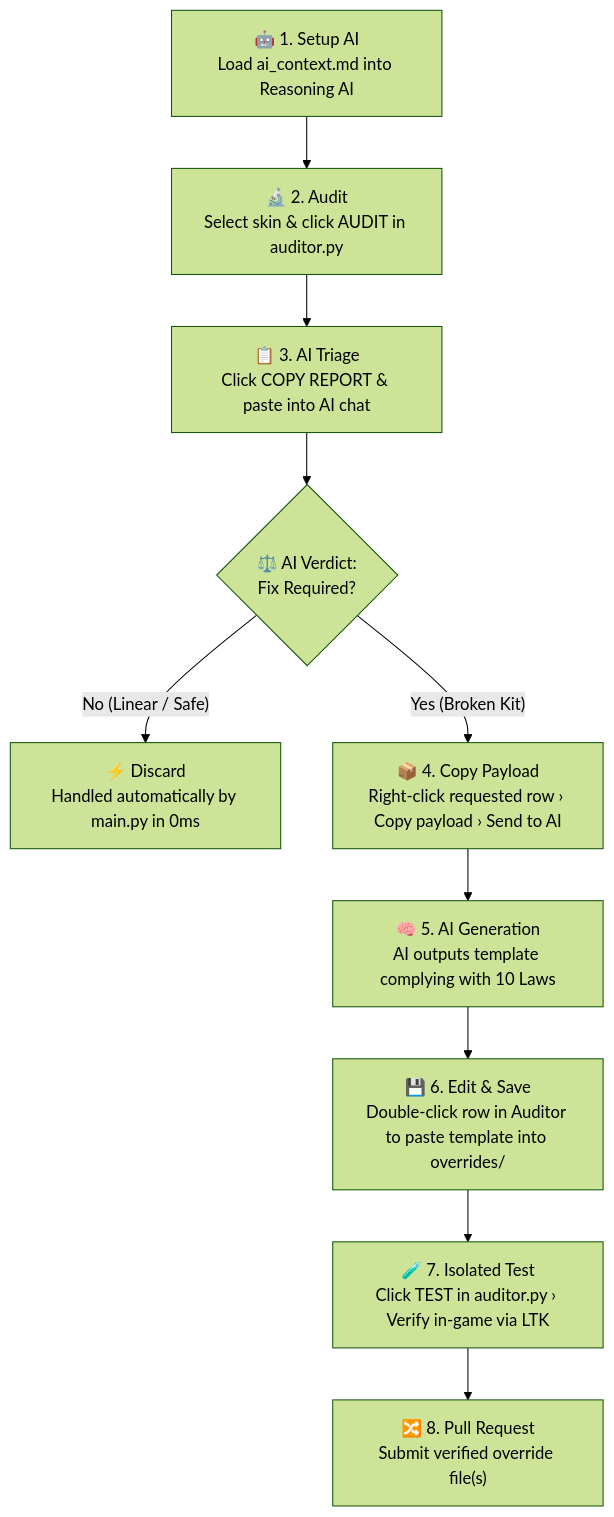
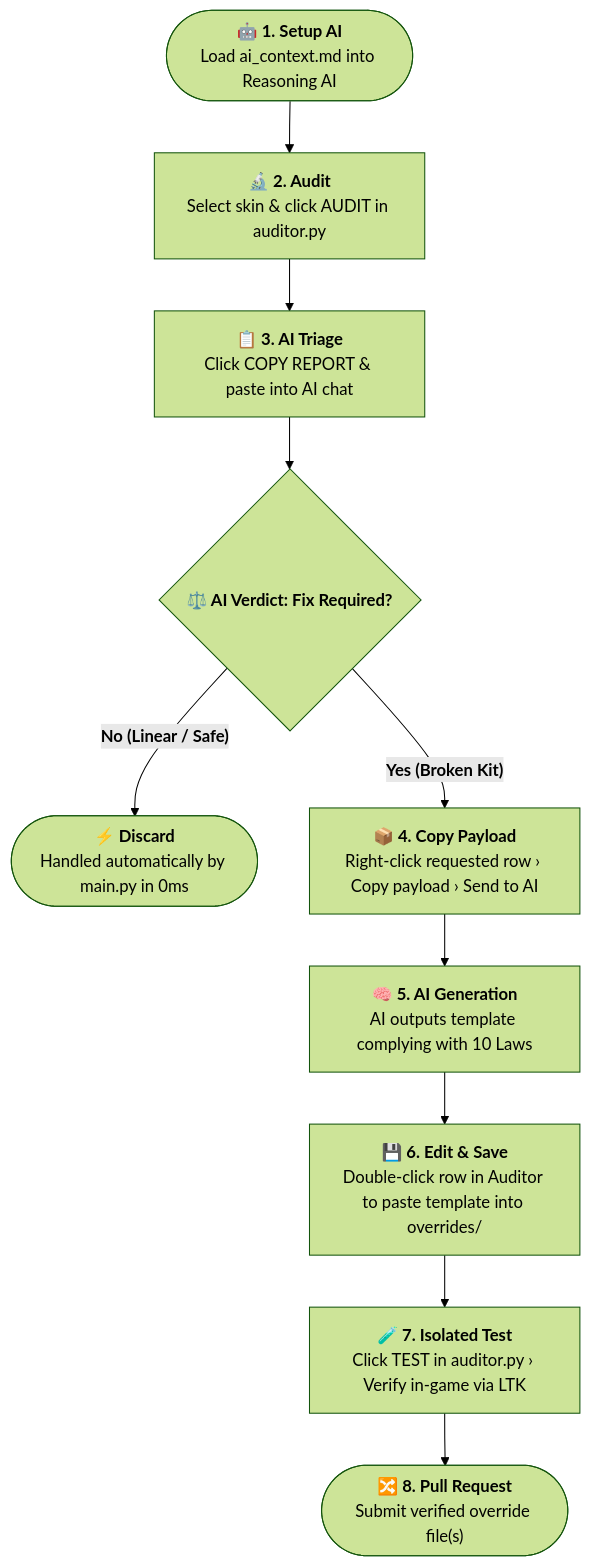
The diagram in CONTRIBUTING.md (gsmeven/vanilla-true-builder), drawn with Mermaid (forest theme) before and after one commit.

Commit message:
release: v1.8.3

````diff
--- a/CONTRIBUTING.md
+++ b/CONTRIBUTING.md
@@ -23,12 +23,12 @@
 ```mermaid
 flowchart TD
-    A["🤖 1. Setup AI\nLoad ai_context.md into Reasoning AI"] --> B["🔬 2. Audit\nSelect skin & click AUDIT in auditor.py"]
-    B --> C["📋 3. AI Triage\nClick COPY REPORT & paste into AI chat"]
-    C --> D{"⚖️ AI Verdict:\nFix Required?"}
-    D -- "No (Linear / Safe)" --> E["⚡ Discard\nHandled automatically by main.py in 0ms"]
-    D -- "Yes (Broken Kit)" --> F["📦 4. Copy Payload\nRight-click requested row › Copy payload › Send to AI"]
-    F --> G["🧠 5. AI Generation\nAI outputs template complying with 10 Laws"]
-    G --> H["💾 6. Edit & Save\nDouble-click row in Auditor to paste template into overrides/"]
-    H --> I["🧪 7. Isolated Test\nClick TEST in auditor.py › Verify in-game via LTK"]
-    I --> J["🔀 8. Pull Request\nSubmit verified override file(s)"]
+    A(["<b>🤖 1. Setup AI</b>\nLoad ai_context.md into Reasoning AI"]) --> B["<b>🔬 2. Audit</b>\nSelect skin & click AUDIT in auditor.py"]
+    B --> C["<b>📋 3. AI Triage</b>\nClick COPY REPORT & paste into AI chat"]
+    C --> D{"<b>⚖️ AI Verdict: Fix Required?</b>"}
+    D -- "<b>No (Linear / Safe)</b>" --> E(["<b>⚡ Discard</b>\nHandled automatically by main.py in 0ms"])
+    D -- "<b>Yes (Broken Kit)</b>" --> F["<b>📦 4. Copy Payload</b>\nRight-click requested row › Copy payload › Send to AI"]
+    F --> G["<b>🧠 5. AI Generation</b>\nAI outputs template complying with 10 Laws"]
+    G --> H["<b>💾 6. Edit & Save</b>\nDouble-click row in Auditor to paste template into overrides/"]
+    H --> I["<b>🧪 7. Isolated Test</b>\nClick TEST in auditor.py › Verify in-game via LTK"]
+    I --> J(["<b>🔀 8. Pull Request</b>\nSubmit verified override file(s)"])
 ```
````
